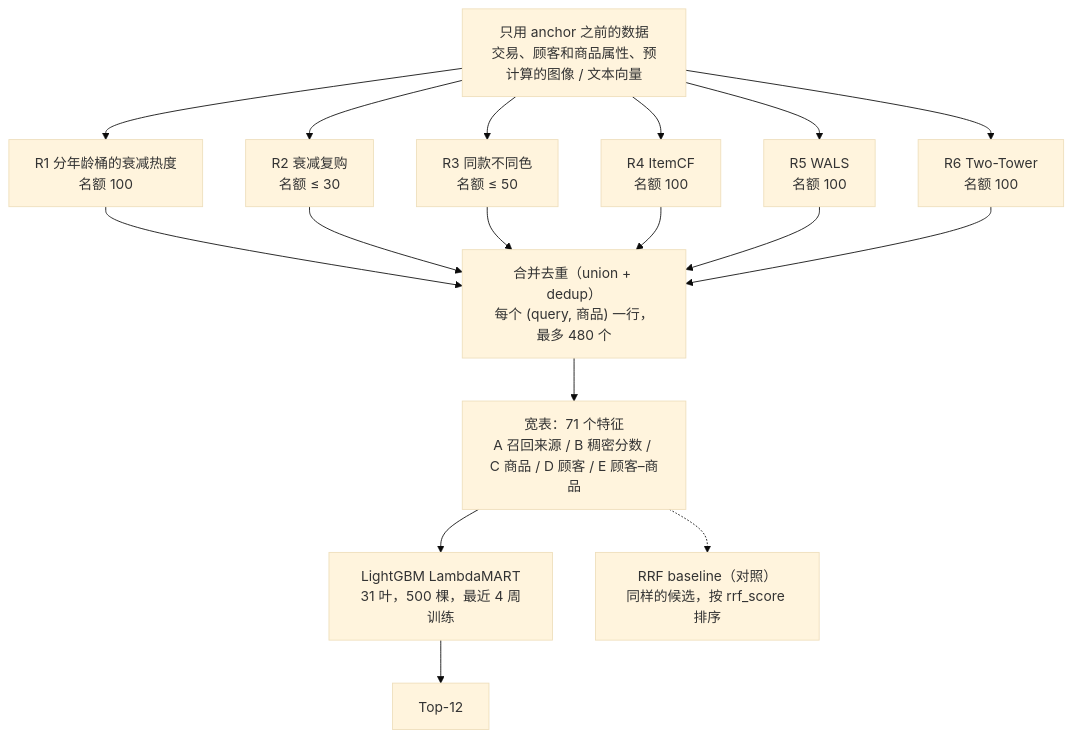
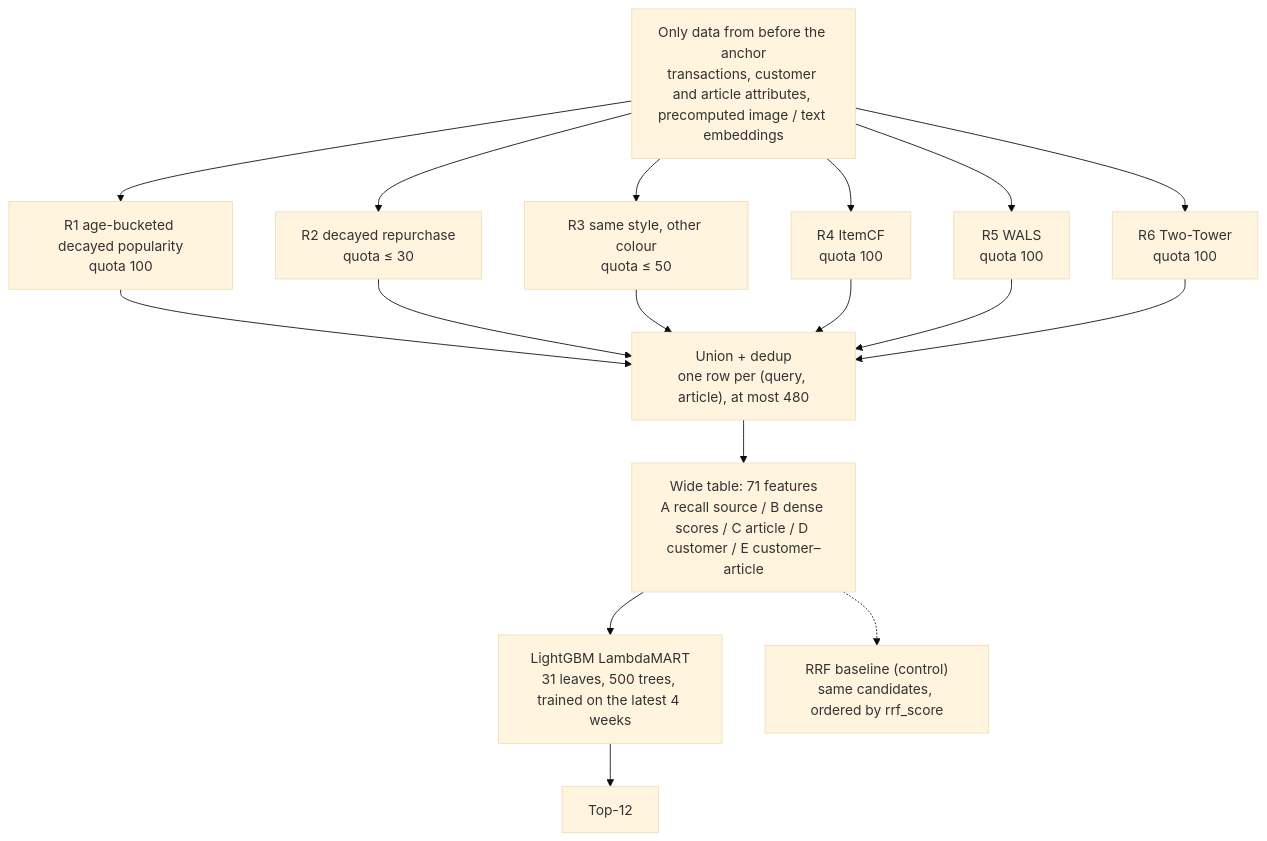
One commit to HaokunLiu-Vincent/hm-recsys changed the diagram in docs/final_report.md. Above: the diagram before and after it, drawn with Mermaid (base theme). The commit also changed other lines of this file and 3 other files, not shown here.

````diff
--- a/docs/final_report.md
+++ b/docs/final_report.md
@@ -55,20 +56,20 @@
 ```mermaid
 flowchart TD
-    H["只用 anchor 之前的数据<br/>交易、顾客和商品属性、预计算的图像 / 文本向量"]
-    H --> R1["R1 分年龄桶的衰减热度<br/>名额 100"]
-    H --> R2["R2 衰减复购<br/>名额 ≤ 30"]
-    H --> R3["R3 同款不同色<br/>名额 ≤ 50"]
-    H --> R4["R4 ItemCF<br/>名额 100"]
-    H --> R5["R5 WALS<br/>名额 100"]
-    H --> R6["R6 Two-Tower<br/>名额 100"]
+    H["Only data from before the anchor<br/>transactions, customer and article attributes, precomputed image / text embeddings"]
+    H --> R1["R1 age-bucketed decayed popularity<br/>quota 100"]
+    H --> R2["R2 decayed repurchase<br/>quota ≤ 30"]
+    H --> R3["R3 same style, other colour<br/>quota ≤ 50"]
+    H --> R4["R4 ItemCF<br/>quota 100"]
+    H --> R5["R5 WALS<br/>quota 100"]
+    H --> R6["R6 Two-Tower<br/>quota 100"]
     R1 --> U
     R2 --> U
     R3 --> U
     R4 --> U
     R5 --> U
-    R6 --> U["合并去重（union + dedup）<br/>每个 (query, 商品) 一行，最多 480 个"]
-    U --> F["宽表：71 个特征<br/>A 召回来源 / B 稠密分数 / C 商品 / D 顾客 / E 顾客–商品"]
-    F --> L["LightGBM LambdaMART<br/>31 叶，500 棵，最近 4 周训练"]
+    R6 --> U["Union + dedup<br/>one row per (query, article), at most 480"]
+    U --> F["Wide table: 71 features<br/>A recall source / B dense scores / C article / D customer / E customer–article"]
+    F --> L["LightGBM LambdaMART<br/>31 leaves, 500 trees, trained on the latest 4 weeks"]
     L --> T["Top-12"]
-    F -.-> B["RRF baseline（对照）<br/>同样的候选，按 rrf_score 排序"]
+    F -.-> B["RRF baseline (control)<br/>same candidates, ordered by rrf_score"]
 ```
````
